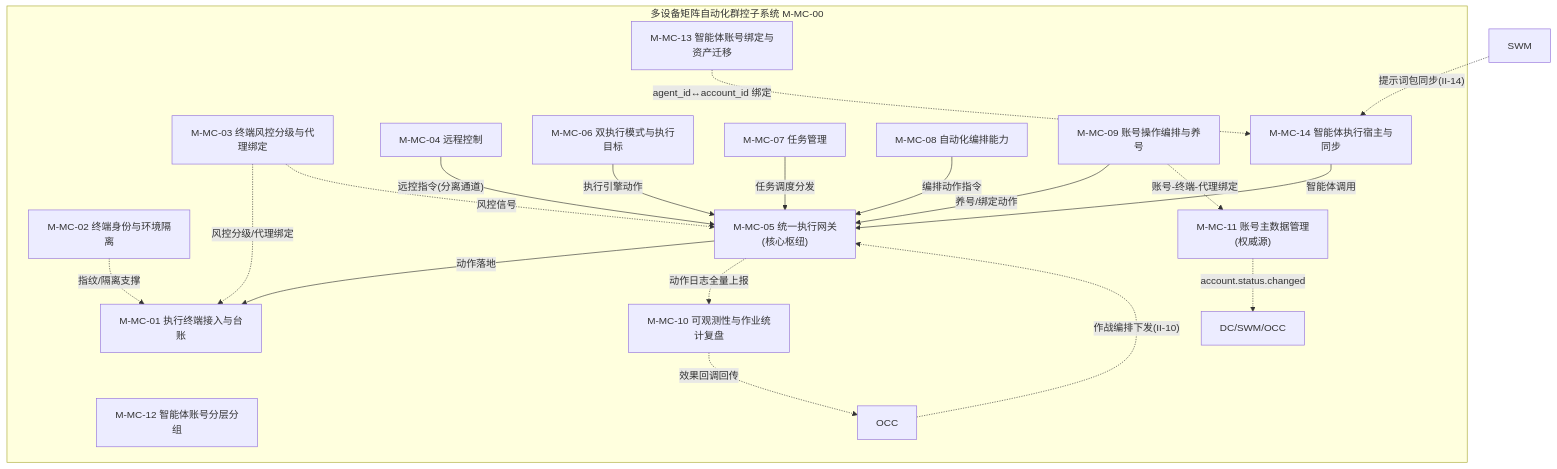
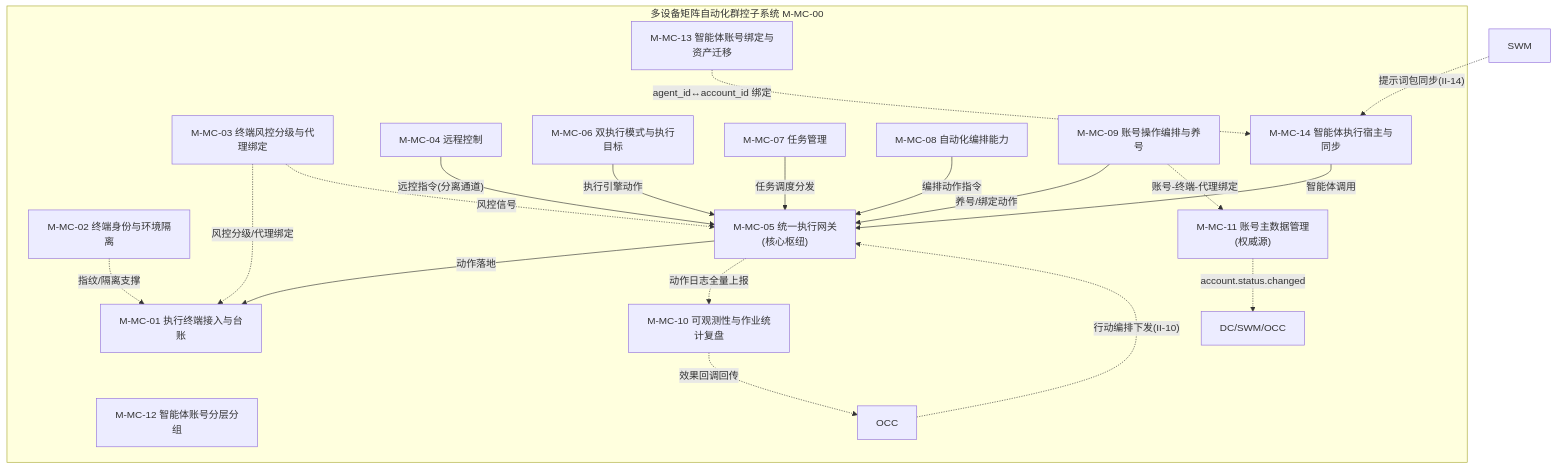
Before and after one commit to Sj-g/obsidian: the seventh of 49 diagrams in 公司项目/认知作战/文档/软件概要设计-架构图.md, drawn with Mermaid. The commit also changed other lines of this file and 9 other files, not shown here.

````diff
--- a/公司项目/认知作战/文档/软件概要设计-架构图.md
+++ b/公司项目/认知作战/文档/软件概要设计-架构图.md
@@ -164,39 +163,39 @@
 ```mermaid
 flowchart TB
     subgraph MC["多设备矩阵自动化群控子系统 M-MC-00"]
         MC1["M-MC-01 执行终端接入与台账"]
         MC2["M-MC-02 终端身份与环境隔离"]
         MC3["M-MC-03 终端风控分级与代理绑定"]
         MC4["M-MC-04 远程控制"]
         MC5["M-MC-05 统一执行网关<br/>(核心枢纽)"]
         MC6["M-MC-06 双执行模式与执行目标"]
         MC7["M-MC-07 任务管理"]
         MC8["M-MC-08 自动化编排能力"]
         MC9["M-MC-09 账号操作编排与养号"]
         MC10["M-MC-10 可观测性与作业统计复盘"]
         MC11["M-MC-11 账号主数据管理<br/>(权威源)"]
         MC12["M-MC-12 智能体账号分层分组"]
         MC13["M-MC-13 智能体账号绑定与资产迁移"]
         MC14["M-MC-14 智能体执行宿主与同步"]
 
         MC7 -->|"任务调度分发"| MC5
         MC8 -->|"编排动作指令"| MC5
         MC6 -->|"执行引擎动作"| MC5
         MC9 -->|"养号/绑定动作"| MC5
         MC4 -->|"远控指令(分离通道)"| MC5
         MC5 -->|"动作落地"| MC1
         MC14 -->|"智能体调用"| MC5
 
         MC2 -.->|"指纹/隔离支撑"| MC1
         MC3 -.->|"风控分级/代理绑定"| MC1
         MC3 -.->|"风控信号"| MC5
         MC5 -.->|"动作日志全量上报"| MC10
         MC10 -.->|"效果回调回传"| OCC["OCC 效果评估"]
         MC11 -.->|"account.status.changed"| EXT["DC/SWM/OCC"]
         MC13 -.->|"agent_id↔account_id 绑定"| MC14
         MC9 -.->|"账号-终端-代理绑定"| MC11
     end
 
     SWM["SWM"] -.->|"提示词包同步(II-14)"| MC14
-    OCC["OCC"] -.->|"作战编排下发(II-10)"| MC5
+    OCC["OCC"] -.->|"行动编排下发(II-10)"| MC5
 ```
````
